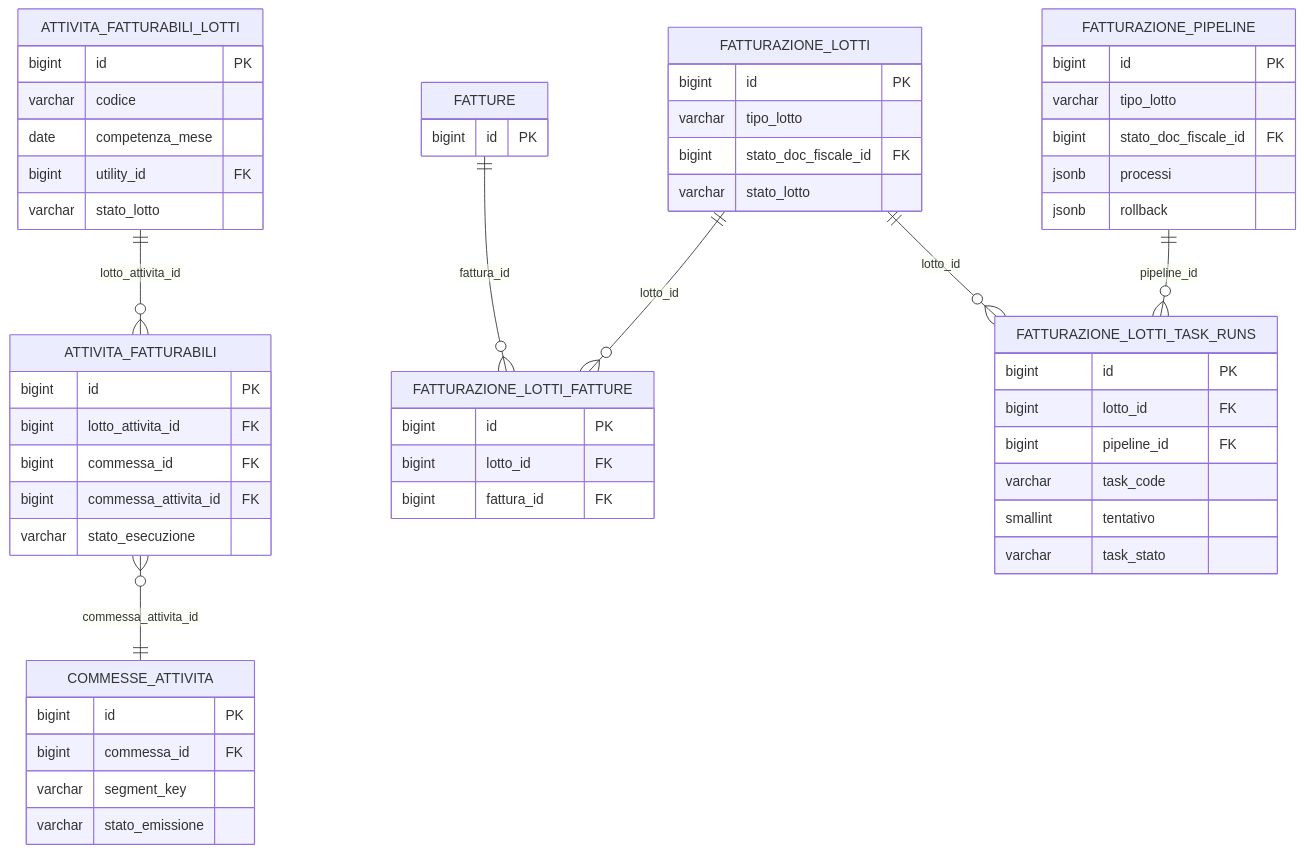
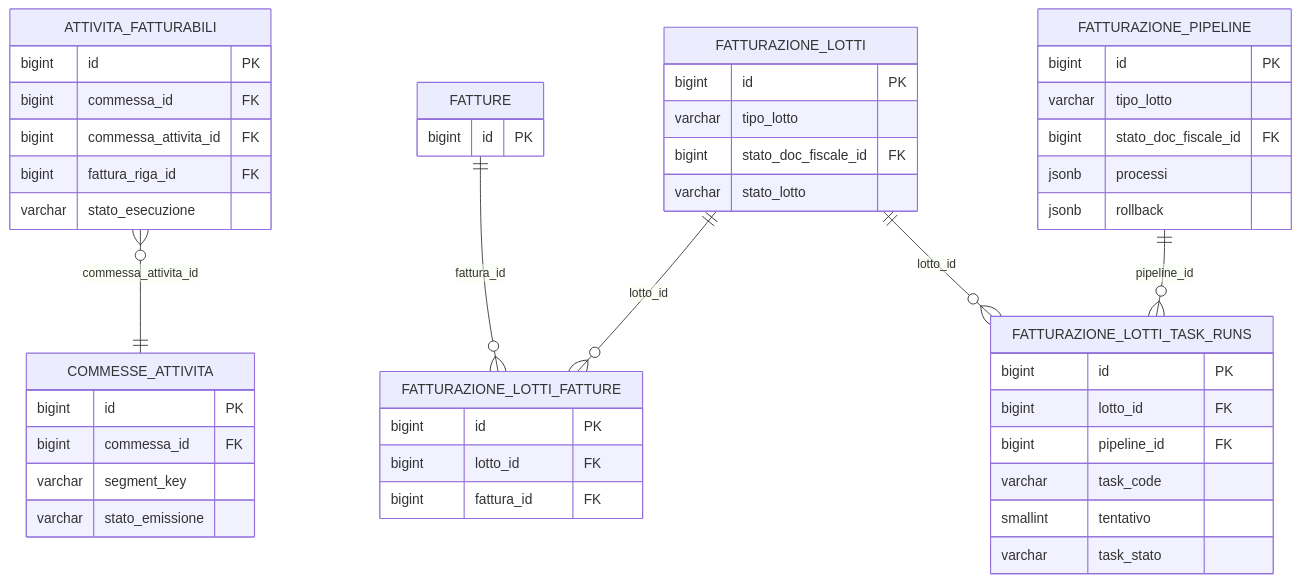
Before and after one commit to Tito-it/ZeroErp: the third of 3 diagrams in docs/it/guide/fatturazione.md, drawn with Mermaid. The commit also changed other lines of this file and 18 other files, not shown here.

Commit message:
miglioramenti alle dashboard , situazione aperta , competenza fatturazione, backlog fatturazione e lotti .

````diff
--- a/docs/it/guide/fatturazione.md
+++ b/docs/it/guide/fatturazione.md
@@ -305,59 +310,51 @@
 ```mermaid
 erDiagram
-  ATTIVITA_FATTURABILI_LOTTI ||--o{ ATTIVITA_FATTURABILI : "lotto_attivita_id"
   ATTIVITA_FATTURABILI }o--|| COMMESSE_ATTIVITA : "commessa_attivita_id"
   FATTURAZIONE_LOTTI ||--o{ FATTURAZIONE_LOTTI_FATTURE : "lotto_id"
   FATTURE ||--o{ FATTURAZIONE_LOTTI_FATTURE : "fattura_id"
   FATTURAZIONE_PIPELINE ||--o{ FATTURAZIONE_LOTTI_TASK_RUNS : "pipeline_id"
   FATTURAZIONE_LOTTI ||--o{ FATTURAZIONE_LOTTI_TASK_RUNS : "lotto_id"
 
   COMMESSE_ATTIVITA {
     bigint id PK
     bigint commessa_id FK
     varchar segment_key
     varchar stato_emissione
   }
   ATTIVITA_FATTURABILI {
     bigint id PK
-    bigint lotto_attivita_id FK
     bigint commessa_id FK
     bigint commessa_attivita_id FK
+    bigint fattura_riga_id FK
     varchar stato_esecuzione
-  }
-  ATTIVITA_FATTURABILI_LOTTI {
-    bigint id PK
-    varchar codice
-    date competenza_mese
-    bigint utility_id FK
-    varchar stato_lotto
   }
   FATTURAZIONE_LOTTI {
     bigint id PK
     varchar tipo_lotto
     bigint stato_doc_fiscale_id FK
     varchar stato_lotto
   }
   FATTURAZIONE_PIPELINE {
     bigint id PK
     varchar tipo_lotto
     bigint stato_doc_fiscale_id FK
     jsonb processi
     jsonb rollback
   }
   FATTURAZIONE_LOTTI_TASK_RUNS {
     bigint id PK
     bigint lotto_id FK
     bigint pipeline_id FK
     varchar task_code
     smallint tentativo
     varchar task_stato
   }
   FATTURAZIONE_LOTTI_FATTURE {
     bigint id PK
     bigint lotto_id FK
     bigint fattura_id FK
   }
   FATTURE {
     bigint id PK
   }
 ```
````
